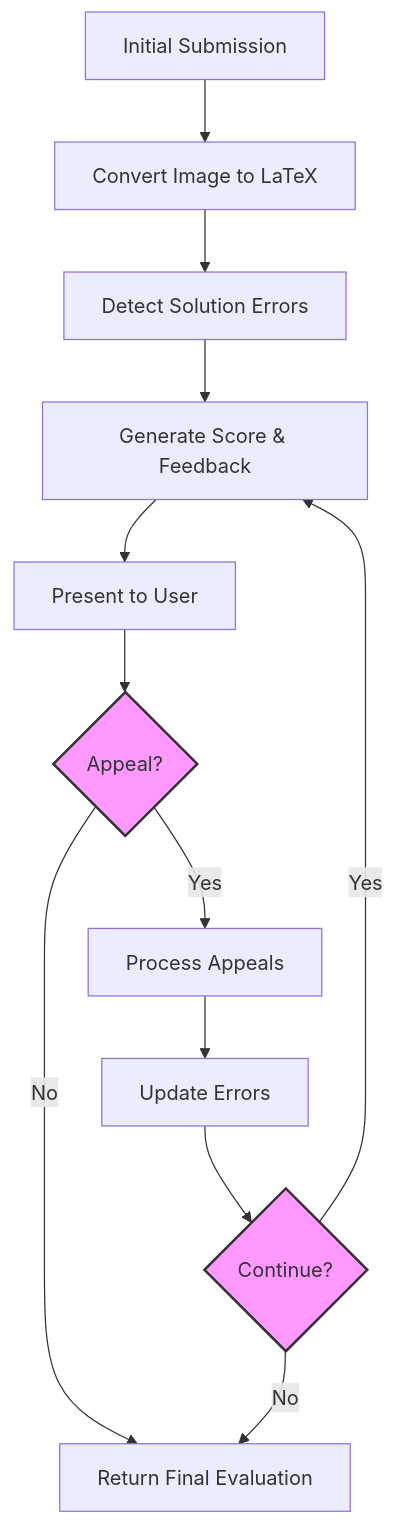
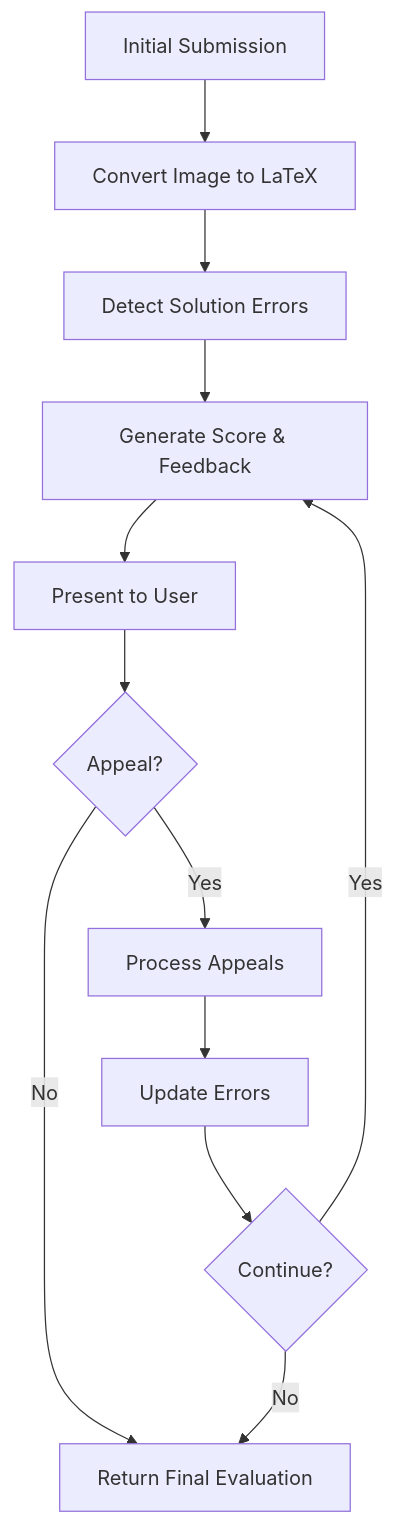
The diagram in docs/evaluation-pipeline.md (thanh913/MOOJ), drawn with Mermaid before and after one commit.

Commit message:
Improve Mermaid diagram rendering for evaluation loop

````diff
--- a/docs/evaluation-pipeline.md
+++ b/docs/evaluation-pipeline.md
@@ -28,17 +28,14 @@
 ```mermaid
 flowchart TD
     A[Initial Submission] --> B[Convert Image to LaTeX]
     B --> C[Detect Solution Errors]
     C --> D[Generate Score & Feedback]
     D --> E[Present to User]
     E --> F{Appeal?}
     F -->|No| G[Return Final Evaluation]
     F -->|Yes| H[Process Appeals]
     H --> I[Update Errors]
     I --> J{Continue?}
     J -->|Yes| D
     J -->|No| G
-    
-    classDef decision fill:#f9f,stroke:#333,stroke-width:2px;
-    class F,J decision;
 ```
````
